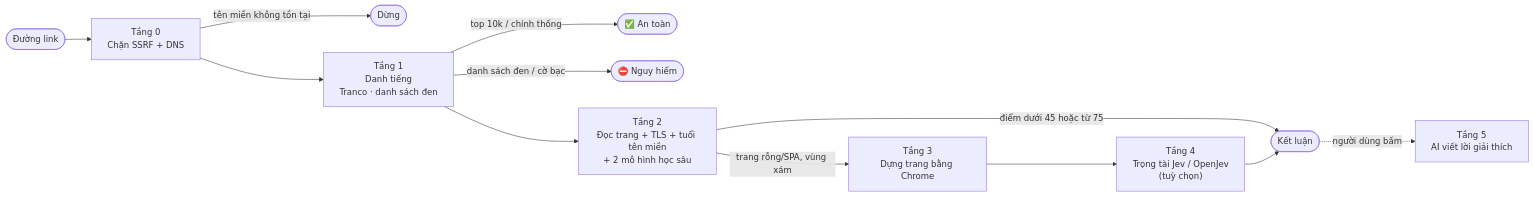
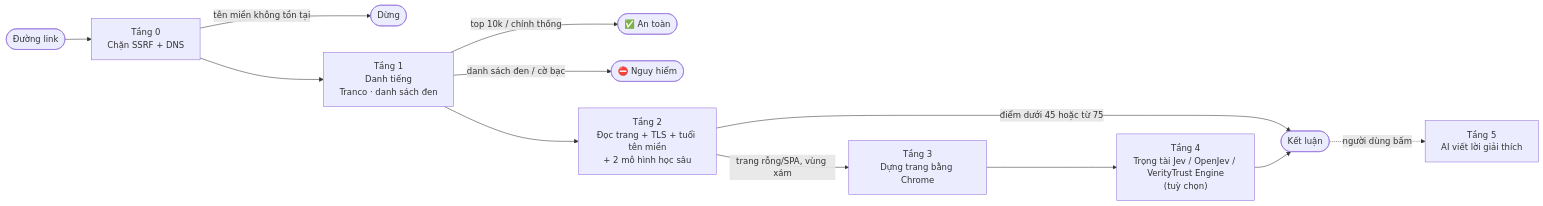
One commit to Zzeronite1/VerityTrust-XAI-Website changed the diagram in README.md. Above: the diagram before and after it, drawn with Mermaid. The commit also changed other lines of this file and 10 other files, not shown here.

First line of the commit message:
feat(jev): VerityTrust Decision Engine via OmniRoute, shadow mode

````diff
--- a/README.md
+++ b/README.md
@@ -66,14 +66,14 @@
 ```mermaid
 flowchart LR
     A([Đường link]) --> T0["Tầng 0<br/>Chặn SSRF + DNS"]
     T0 -->|tên miền không tồn tại| X0([Dừng])
     T0 --> T1["Tầng 1<br/>Danh tiếng<br/>Tranco · danh sách đen"]
     T1 -->|top 10k / chính thống| S([✅ An toàn])
     T1 -->|danh sách đen / cờ bạc| D([⛔ Nguy hiểm])
     T1 --> T2["Tầng 2<br/>Đọc trang + TLS + tuổi tên miền<br/>+ 2 mô hình học sâu"]
     T2 -->|điểm dưới 45 hoặc từ 75| R([Kết luận])
     T2 -->|trang rỗng/SPA, vùng xám| T3["Tầng 3<br/>Dựng trang bằng Chrome"]
-    T3 --> T4["Tầng 4<br/>Trọng tài Jev / OpenJev<br/>(tuỳ chọn)"]
+    T3 --> T4["Tầng 4<br/>Trọng tài Jev / OpenJev / VerityTrust Engine<br/>(tuỳ chọn)"]
     T4 --> R
     R -.->|người dùng bấm| T5["Tầng 5<br/>AI viết lời giải thích"]
 ```
````
